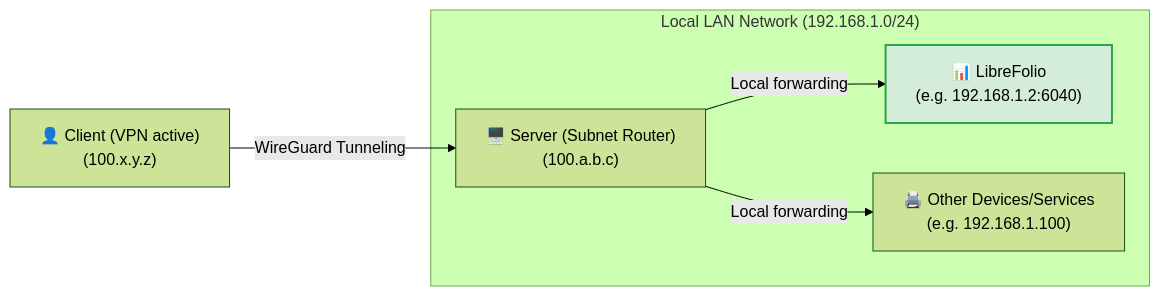
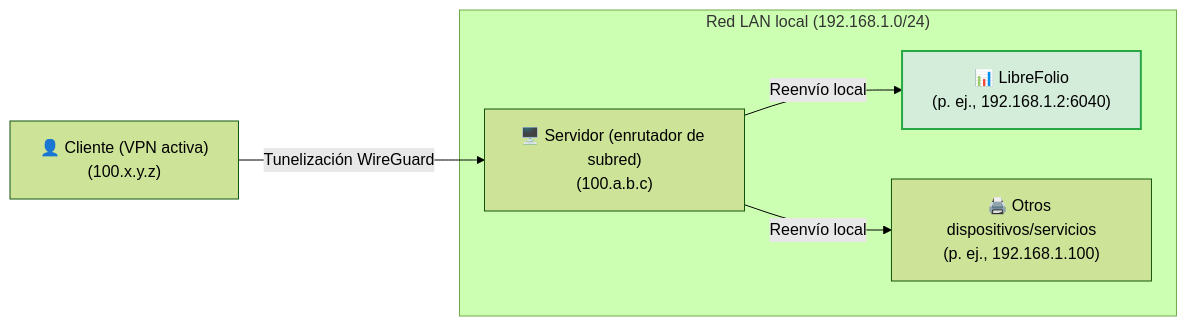
The third of 3 diagrams in mkdocs_src/docs/admin/service_exposure.es.md (Librefolio/LibreFolio), drawn with Mermaid (forest theme) before and after one commit. The commit also changed other lines of this file and 2 other files, not shown here.

````diff
--- a/mkdocs_src/docs/admin/service_exposure.es.md
+++ b/mkdocs_src/docs/admin/service_exposure.es.md
@@ -133,9 +137,9 @@
 ```mermaid
 graph LR
-    Client["👤 Client (VPN active)<br>(100.x.y.z)"] -->|WireGuard Tunneling| Server["🖥️ Server (Subnet Router)<br>(100.a.b.c)"]
-    subgraph LAN ["Local LAN Network (192.168.1.0/24)"]
-        Server -->|Local forwarding| LibreFolio["📊 LibreFolio<br>(e.g. 192.168.1.2:6040)"]
-        Server -->|Local forwarding| OtherDevice["🖨️ Other Devices/Services<br>(e.g. 192.168.1.100)"]
+    Client["👤 Cliente (VPN activa)<br>(100.x.y.z)"] -->|Tunelización WireGuard| Server["🖥️ Servidor (enrutador de subred)<br>(100.a.b.c)"]
+    subgraph LAN ["Red LAN local (192.168.1.0/24)"]
+        Server -->|Reenvío local| LibreFolio["📊 LibreFolio<br>(p. ej., 192.168.1.2:6040)"]
+        Server -->|Reenvío local| OtherDevice["🖨️ Otros dispositivos/servicios<br>(p. ej., 192.168.1.100)"]
     end
     style LibreFolio fill:#d4edda,stroke:#28a745,stroke-width:2px;
 ```
````
